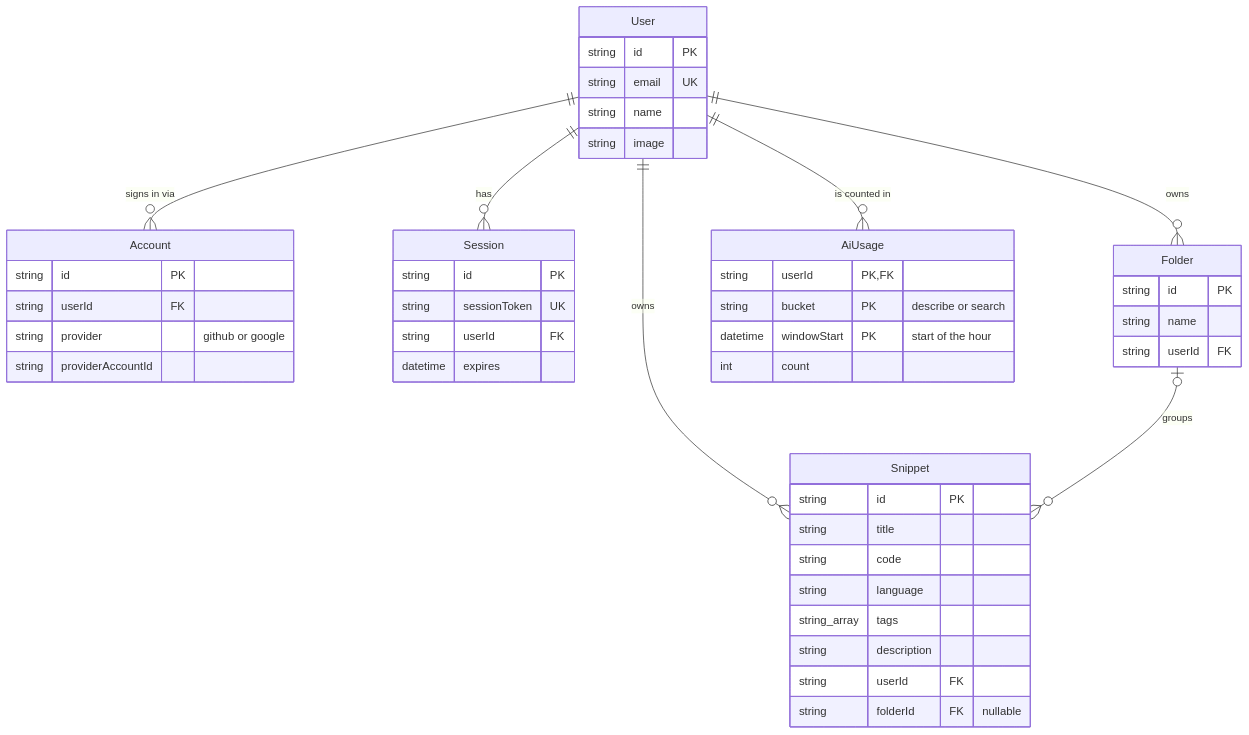
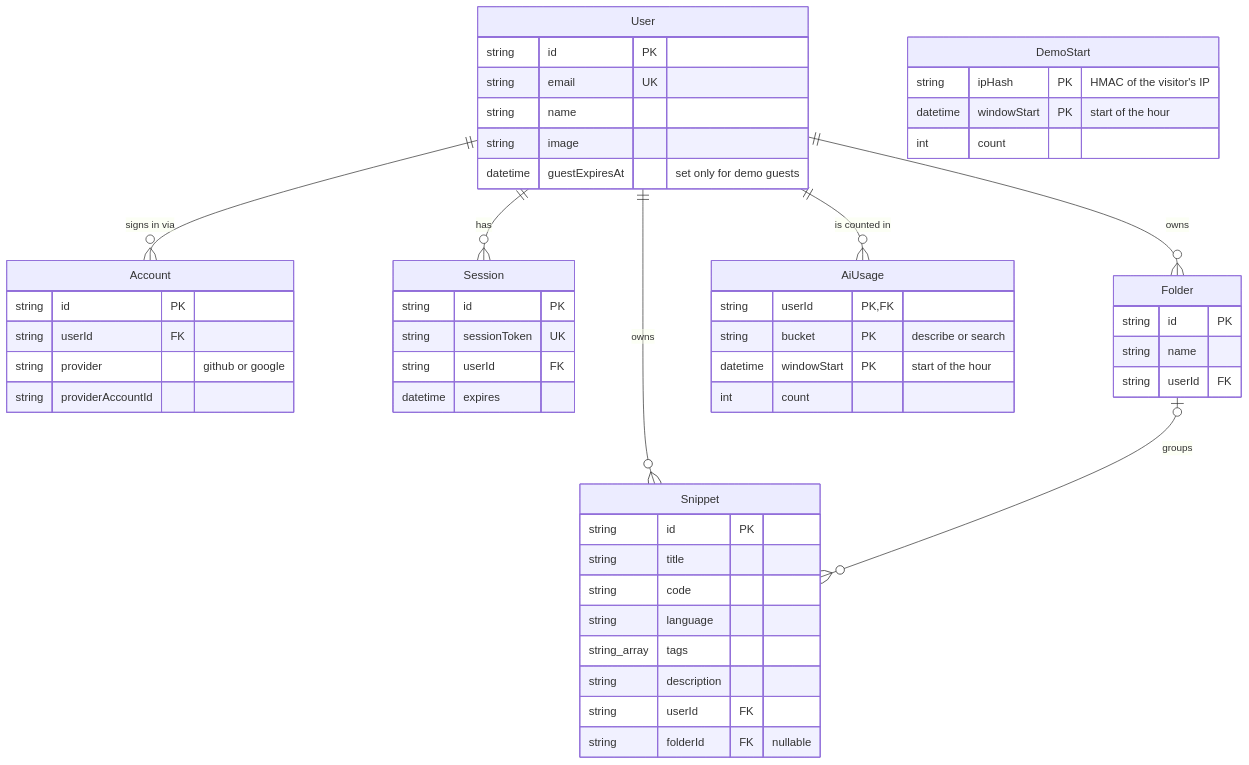
One commit to RyanDanielWalker/snippr changed the third of 4 diagrams in docs/ARCHITECTURE.md. Above: the diagram before and after it, drawn with Mermaid. The commit also changed other lines of this file and 4 other files, not shown here.

First line of the commit message:
docs: record demo mode in an ADR, architecture, and roadmap

````diff
--- a/docs/ARCHITECTURE.md
+++ b/docs/ARCHITECTURE.md
@@ -93,49 +94,55 @@
 ```mermaid
 erDiagram
     User ||--o{ Account : "signs in via"
     User ||--o{ Session : "has"
     User ||--o{ Snippet : "owns"
     User ||--o{ Folder : "owns"
     User ||--o{ AiUsage : "is counted in"
     Folder |o--o{ Snippet : "groups"
 
     User {
         string id PK
         string email UK
         string name
         string image
+        datetime guestExpiresAt "set only for demo guests"
+    }
+    DemoStart {
+        string ipHash PK "HMAC of the visitor's IP"
+        datetime windowStart PK "start of the hour"
+        int count
     }
     Account {
         string id PK
         string userId FK
         string provider "github or google"
         string providerAccountId
     }
     Session {
         string id PK
         string sessionToken UK
         string userId FK
         datetime expires
     }
     Folder {
         string id PK
         string name
         string userId FK
     }
     AiUsage {
         string userId PK, FK
         string bucket PK "describe or search"
         datetime windowStart PK "start of the hour"
         int count
     }
     Snippet {
         string id PK
         string title
         string code
         string language
         string_array tags
         string description
         string userId FK
         string folderId FK "nullable"
     }
 ```
````
